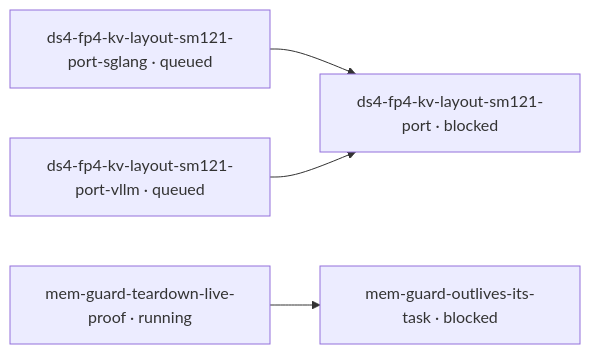
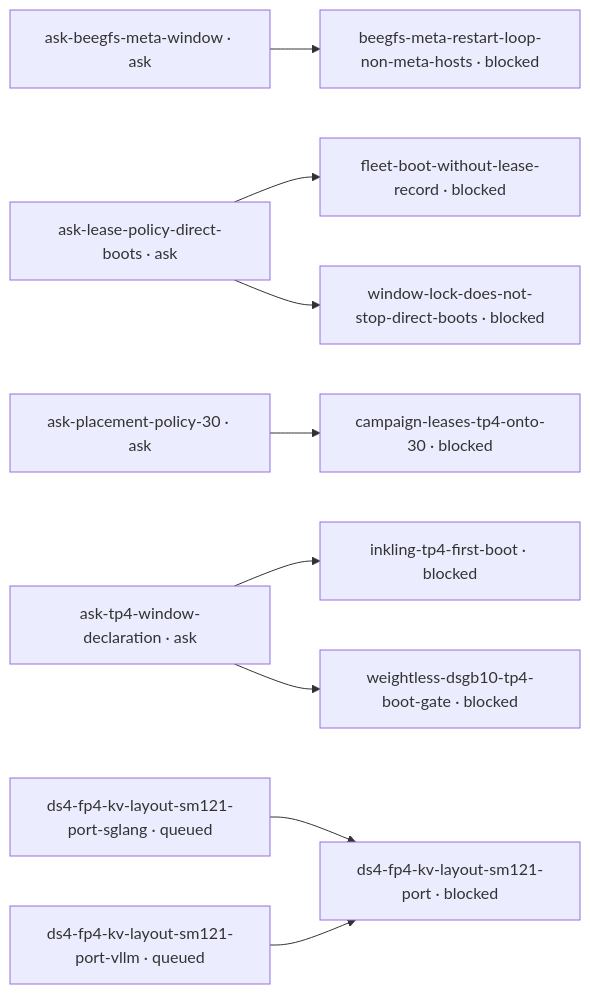
One commit to littlecedar/sparkrun-recipe-registry changed the diagram in mad-science/STATUS.md. Above: the diagram before and after it, drawn with Mermaid. The commit also changed other lines of this file, not shown here.

````diff
--- a/mad-science/STATUS.md
+++ b/mad-science/STATUS.md
@@ -22,13 +22,26 @@
 ```mermaid
 flowchart LR
-  %% 7 blocked, 3 edges, 5 prose-gated, 0 question-gated, 0 question, 6 rows not drawn (--all)
-  t1["ds4-fp4-kv-layout-sm121-port · blocked"]
-  t2["ds4-fp4-kv-layout-sm121-port-sglang · queued"]
-  t3["ds4-fp4-kv-layout-sm121-port-vllm · queued"]
-  t4["mem-guard-outlives-its-task · blocked"]
-  t5["mem-guard-teardown-live-proof · running"]
-  t2 --> t1
-  t3 --> t1
-  t5 --> t4
+  %% 8 blocked, 8 edges, 1 prose-gated, 0 question-gated, 0 question, 2 rows not drawn (--all)
+  t1["ask-beegfs-meta-window · ask"]
+  t2["ask-lease-policy-direct-boots · ask"]
+  t3["ask-placement-policy-30 · ask"]
+  t4["ask-tp4-window-declaration · ask"]
+  t5["beegfs-meta-restart-loop-non-meta-hosts · blocked"]
+  t6["campaign-leases-tp4-onto-30 · blocked"]
+  t7["ds4-fp4-kv-layout-sm121-port · blocked"]
+  t8["ds4-fp4-kv-layout-sm121-port-sglang · queued"]
+  t9["ds4-fp4-kv-layout-sm121-port-vllm · queued"]
+  t10["fleet-boot-without-lease-record · blocked"]
+  t11["inkling-tp4-first-boot · blocked"]
+  t12["weightless-dsgb10-tp4-boot-gate · blocked"]
+  t13["window-lock-does-not-stop-direct-boots · blocked"]
+  t1 --> t5
+  t2 --> t10
+  t2 --> t13
+  t3 --> t6
+  t4 --> t11
+  t4 --> t12
+  t8 --> t7
+  t9 --> t7
   classDef no-recorded-edge stroke-dasharray: 4 3
 ```
````
